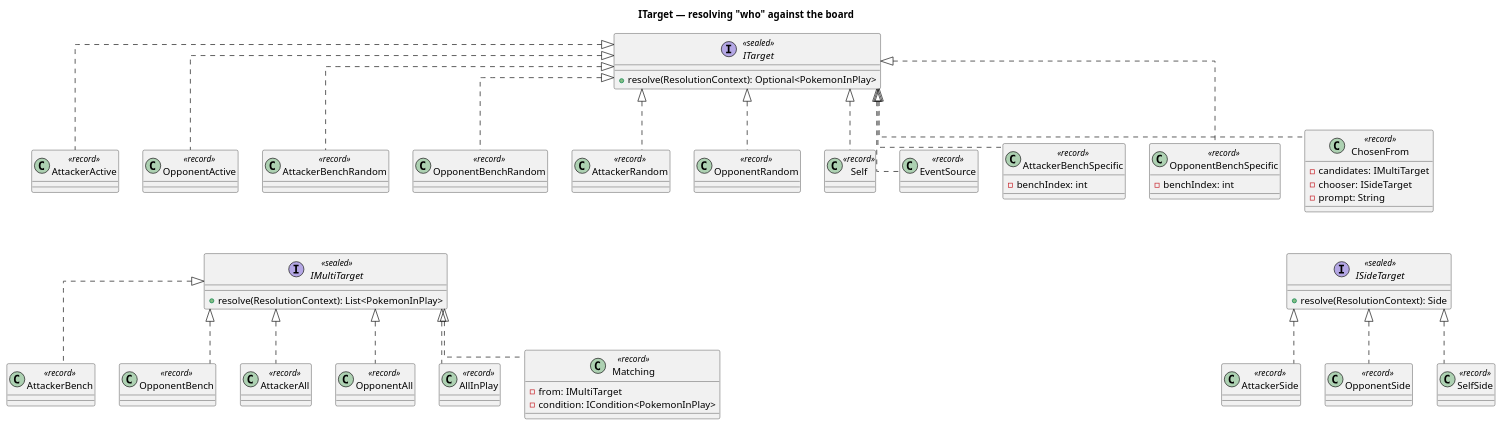
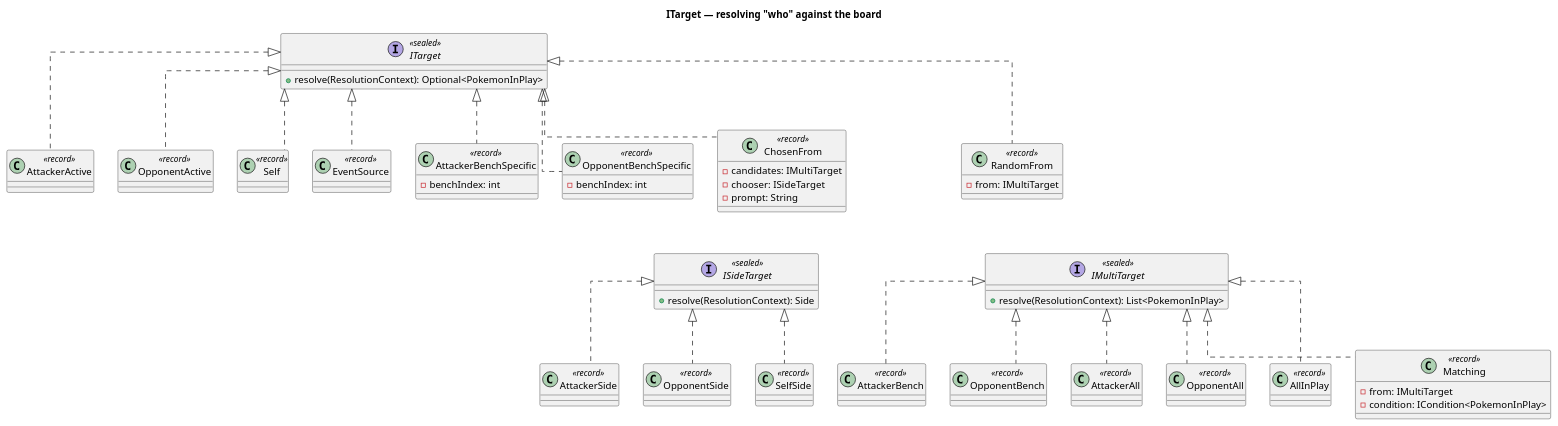
Before and after one commit to Richie-Moon/TCGPocketBattler: the diagram in docs/UML/ITarget.puml, drawn with PlantUML. The commit also changed 10 other files, not shown here.

```diff
--- a/docs/UML/ITarget.puml
+++ b/docs/UML/ITarget.puml
@@ -1,85 +1,88 @@
 @startuml
 title ITarget — resolving "who" against the board
 
 skinparam linetype ortho
 
 interface ITarget <<sealed>> {
     + resolve(ResolutionContext): Optional<PokemonInPlay>
 }
 
 /'
   Optional, because a target can legitimately fail to resolve — an empty bench,
   a knocked-out active. An IEffect whose target does not resolve returns
   EffectOutcome.FAILED, which is what makes "If you do, ..." chains work.
   See IAttempt.puml.
 '/
 
 /' --- turn-relative --- '/
 class AttackerActive <<record>> implements ITarget {}
 class OpponentActive <<record>> implements ITarget {}
-class AttackerBenchRandom <<record>> implements ITarget {}
-class OpponentBenchRandom <<record>> implements ITarget {}
-class AttackerRandom <<record>> implements ITarget {}
-class OpponentRandom <<record>> implements ITarget {}
 
 /' --- source-relative --- '/
 /' The card whose text is resolving. Without this, a Tool's trigger could not
    say "the Pokemon I am attached to": every other target is relative to whose
    turn it is, which is not the same thing once triggers exist. '/
 class Self <<record>> implements ITarget {}
 
 /' Only while a trigger is resolving; reads ResolutionContext.event.
    Lets a card retaliate against whatever just hit it. '/
 class EventSource <<record>> implements ITarget {}
 
 /' --- index-addressed: the caller already knows which one --- '/
 class AttackerBenchSpecific <<record>> implements ITarget {
     - benchIndex: int
 }
 class OpponentBenchSpecific <<record>> implements ITarget {
     - benchIndex: int
 }
 
 /' --- agent-addressed: asked at resolution time --- '/
 /' "Choose 1 of your opponent's Benched Pokemon" is a decision made when the
    attack resolves, not when the card is built. These delegate to
    IPlayer.choose. See IPlayer.puml. '/
 class ChosenFrom <<record>> implements ITarget {
     - candidates: IMultiTarget
     /' Which player picks — not always the controller. '/
     - chooser: ISideTarget
     - prompt: String
 }
 
+/' --- chance-addressed: drawn from Battle.rng at resolution time --- '/
+/' "1 of your Benched Pokemon at random". One node over any group instead of a
+   *Random record per group. Like ChosenFrom, never resolve it from isLegal. '/
+class RandomFrom <<record>> implements ITarget {
+    - from: IMultiTarget
+}
+
 /' Formatting only, these are not real relationships. '/
-AttackerBenchRandom -[hidden]- IMultiTarget
+RandomFrom -[hidden]- IMultiTarget
 ChosenFrom -[hidden]- ISideTarget
 
 interface IMultiTarget <<sealed>> {
     + resolve(ResolutionContext): List<PokemonInPlay>
 }
 
 class AttackerBench <<record>> implements IMultiTarget {}
 class OpponentBench <<record>> implements IMultiTarget {}
 class AttackerAll <<record>> implements IMultiTarget {}
 class OpponentAll <<record>> implements IMultiTarget {}
 class AllInPlay <<record>> implements IMultiTarget {}
 
 /' Narrows a group before choosing or hitting it, e.g. "each of your
    Lightning Pokemon". Reuses the card conditions from ICondition.puml. '/
 class Matching <<record>> implements IMultiTarget {
     - from: IMultiTarget
     - condition: ICondition<PokemonInPlay>
 }
 
 interface ISideTarget <<sealed>> {
     + resolve(ResolutionContext): Side
 }
 
 class AttackerSide <<record>> implements ISideTarget {}
 class OpponentSide <<record>> implements ISideTarget {}
 /' The side controlling the resolving card — differs from AttackerSide when a
    trigger fires on the defender's card during the attacker's turn. '/
 class SelfSide <<record>> implements ISideTarget {}
 
 @enduml
```
